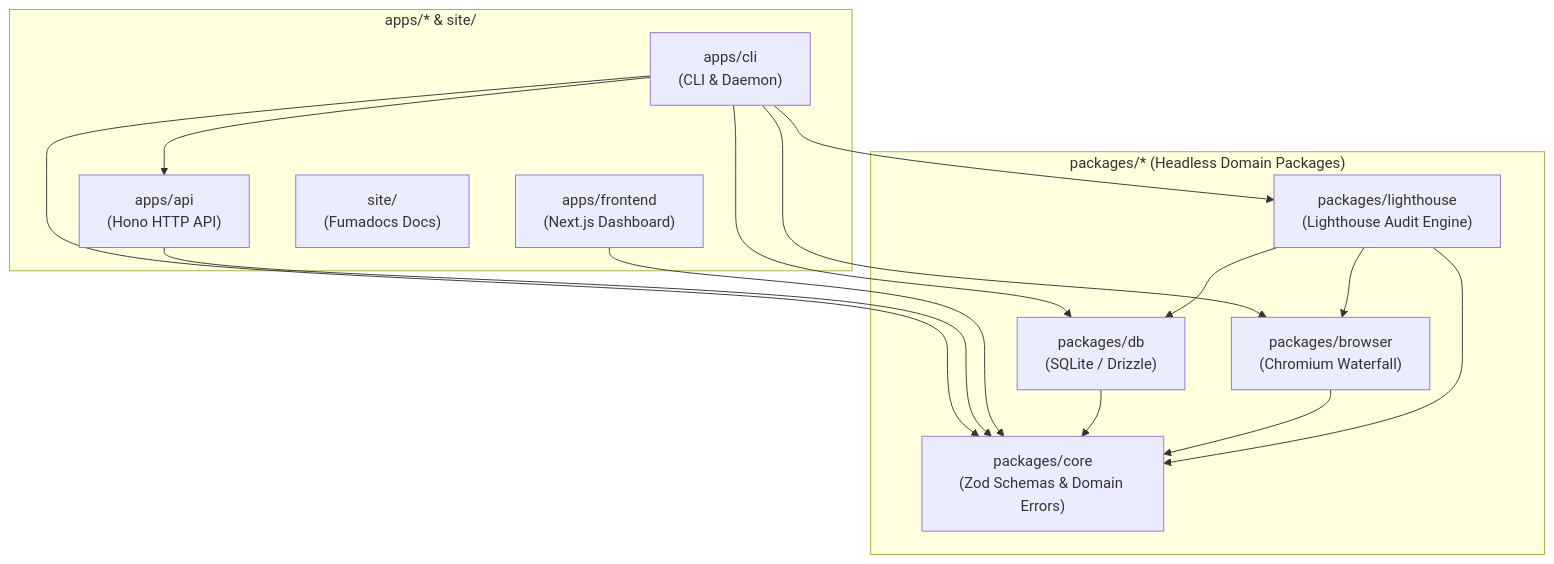
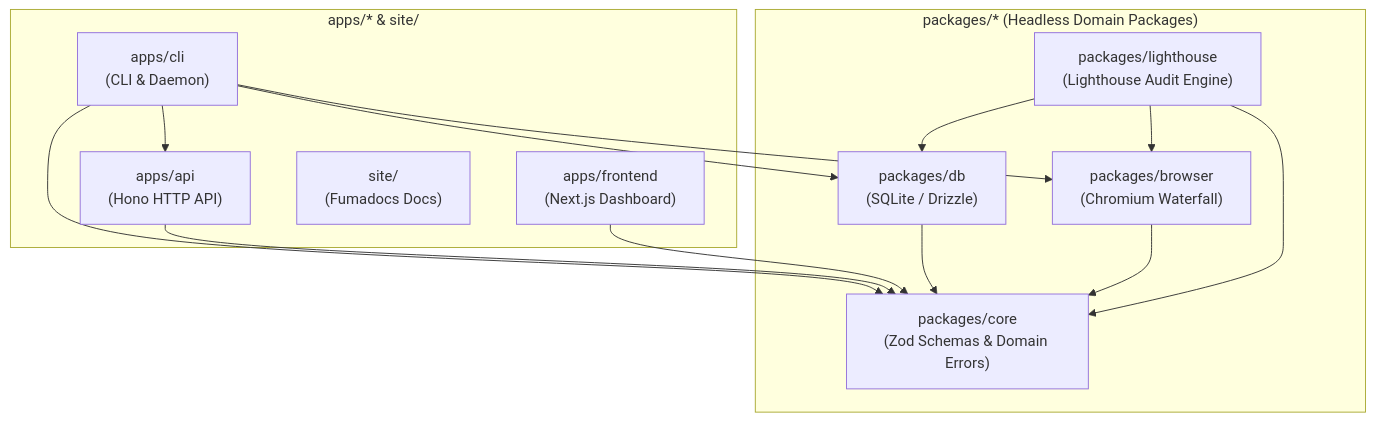
The diagram in docs/architecture/monorepo-and-cli.md (ahmedhanye/devtools), drawn with Mermaid before and after one commit. The commit also changed 4 other files, not shown here.

Commit message:
docs(lighthouse): align architecture docs and test timeouts with review feedback

````diff
--- a/docs/architecture/monorepo-and-cli.md
+++ b/docs/architecture/monorepo-and-cli.md
@@ -29,29 +29,28 @@
 ```mermaid
 graph TD
   subgraph Applications ["apps/* & site/"]
     CLI["apps/cli<br/>(CLI & Daemon)"]
     API["apps/api<br/>(Hono HTTP API)"]
     Frontend["apps/frontend<br/>(Next.js Dashboard)"]
     Site["site/<br/>(Fumadocs Docs)"]
   end
 
   subgraph Packages ["packages/* (Headless Domain Packages)"]
     Browser["packages/browser<br/>(Chromium Waterfall)"]
     DB["packages/db<br/>(SQLite / Drizzle)"]
     Core["packages/core<br/>(Zod Schemas & Domain Errors)"]
     Lighthouse["packages/lighthouse<br/>(Lighthouse Audit Engine)"]
   end
 
   CLI --> API
   CLI --> Core
   CLI --> DB
   CLI --> Browser
-  CLI --> Lighthouse
   API --> Core
   Frontend --> Core
   DB --> Core
   Browser --> Core
   Lighthouse --> Core
   Lighthouse --> DB
   Lighthouse --> Browser
 ```
````
